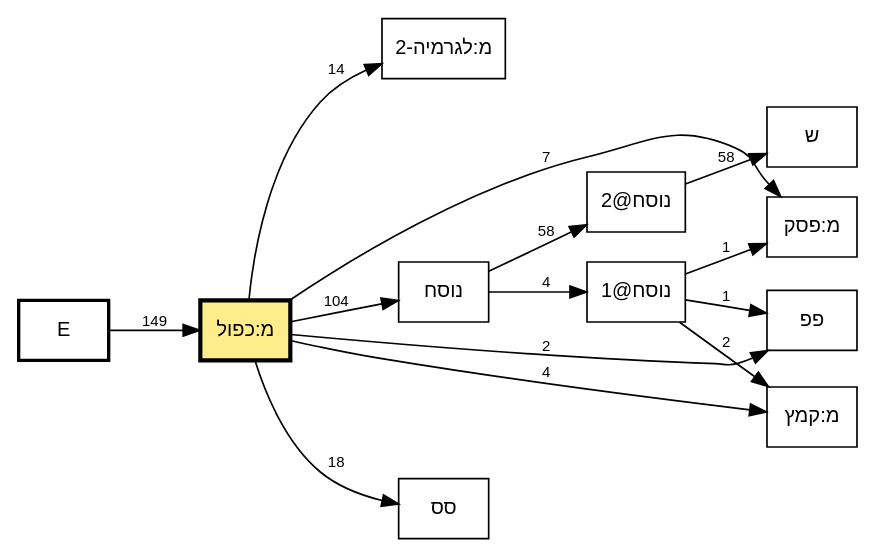
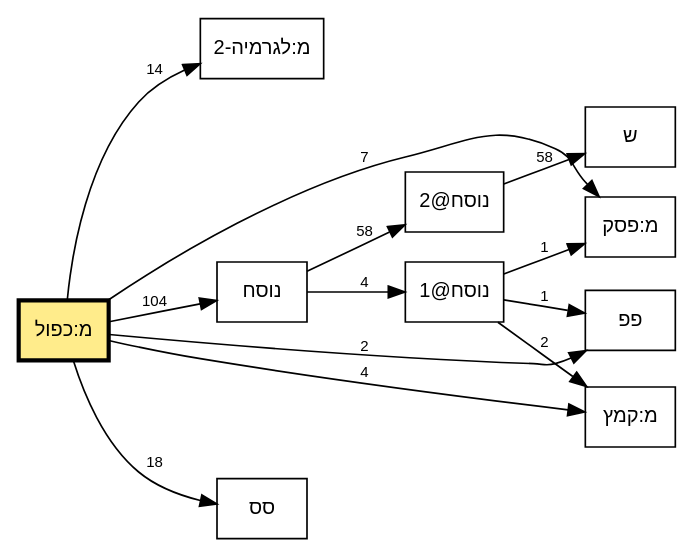
One commit to bdenckla/MAM-basics changed the diagram in out/tmpl-survey-plus/plus-dualcant-call-graph.dot. Above: the diagram before and after it, drawn with Graphviz. The commit also changed 22 other files, not shown here.

Commit message:
per-column call graphs

```diff
--- a/out/tmpl-survey-plus/plus-dualcant-call-graph.dot
+++ b/out/tmpl-survey-plus/plus-dualcant-call-graph.dot
@@ -1,31 +1,26 @@
 // This file was generated by MAM-basics/py/main_tmpl_survey.py.
 // Do not edit by hand.
 digraph template_call_graph {
     rankdir=LR;
     node [fontname="SBL Hebrew,Helvetica", fontsize=12];
     edge [fontname="Helvetica", fontsize=9];
     graph [comment="This file was generated by MAM-basics/py/main_tmpl_survey.py."];
 
-    // Column nodes
-    node [shape=box, style=bold];
-    "E";
-
     // Template nodes
     node [shape=box, style=""];
     "מ:כפול" [fillcolor="lightgoldenrod1", style="filled", penwidth=2.5];
 
     // Edges
-    "E" -> "מ:כפול" [label="149"];
     "מ:כפול" -> "מ:לגרמיה-2" [label="14"];
     "מ:כפול" -> "מ:פסק" [label="7"];
     "מ:כפול" -> "מ:קמץ" [label="4"];
     "מ:כפול" -> "נוסח" [label="104"];
     "מ:כפול" -> "סס" [label="18"];
     "מ:כפול" -> "פפ" [label="2"];
     "נוסח" -> "נוסח@1" [label="4"];
     "נוסח" -> "נוסח@2" [label="58"];
     "נוסח@1" -> "מ:פסק" [label="1"];
     "נוסח@1" -> "מ:קמץ" [label="2"];
     "נוסח@1" -> "פפ" [label="1"];
     "נוסח@2" -> "ש" [label="58"];
 }
```
